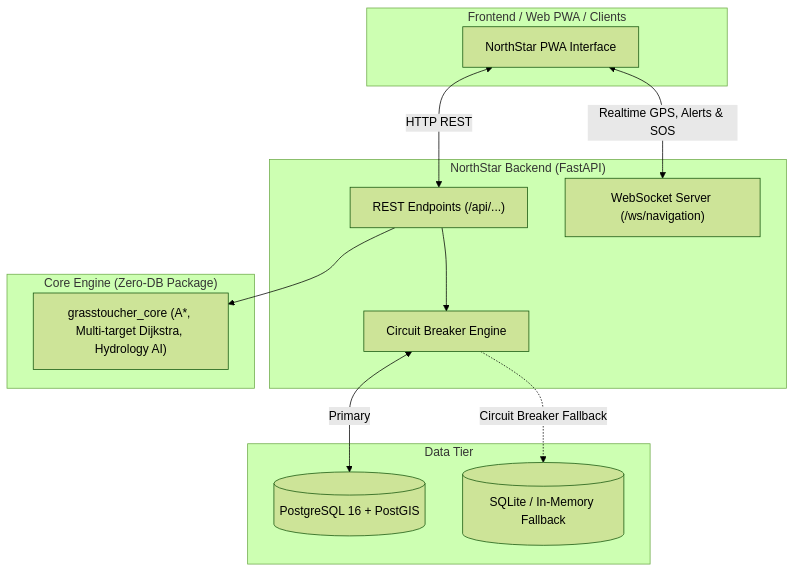
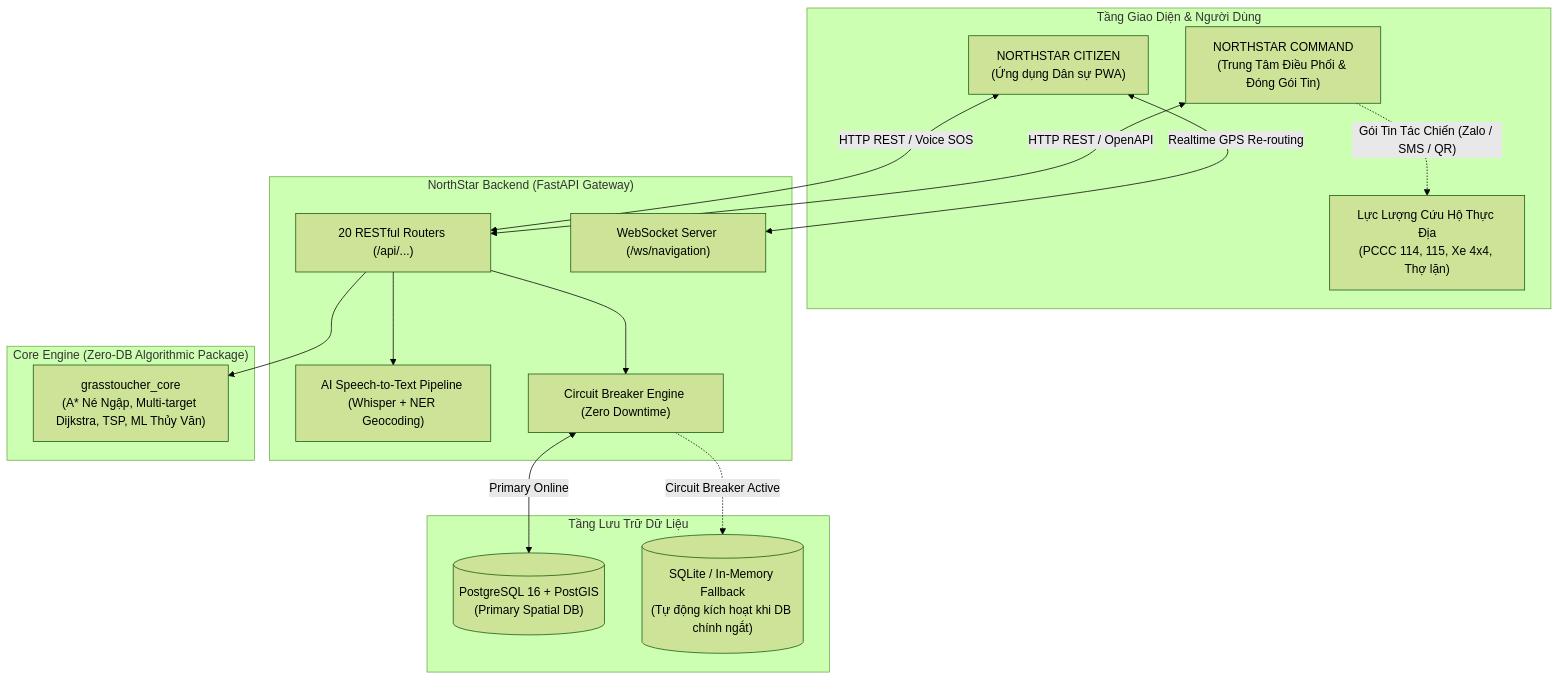
Before and after one commit to GrassTouchers1/GrassToucher-backend: the diagram in README.md, drawn with Mermaid (forest theme). The commit also changed other lines of this file, not shown here.

Commit message:
docs: Update Backend README with NORTHSTAR COMMAND integration and Whisper AI

````diff
--- a/README.md
+++ b/README.md
@@ -18,28 +34,34 @@
 ```mermaid
 flowchart TD
-    subgraph Client["Frontend / Web PWA / Clients"]
-        WEB["NorthStar PWA Interface"]
+    subgraph Clients["Tầng Giao Diện & Người Dùng"]
+        CMD["NORTHSTAR COMMAND<br/>(Trung Tâm Điều Phối & Đóng Gói Tin)"]
+        CTZ["NORTHSTAR CITIZEN<br/>(Ứng dụng Dân sự PWA)"]
+        RESCUE["Lực Lượng Cứu Hộ Thực Địa<br/>(PCCC 114, 115, Xe 4x4, Thợ lặn)"]
     end
 
-    subgraph Backend["NorthStar Backend (FastAPI)"]
-        API["REST Endpoints (/api/...)"]
+    subgraph Backend["NorthStar Backend (FastAPI Gateway)"]
+        ROUTER["20 RESTful Routers (/api/...)"]
         WS["WebSocket Server (/ws/navigation)"]
-        CB["Circuit Breaker Engine"]
+        VOICE["AI Speech-to-Text Pipeline (Whisper + NER Geocoding)"]
+        CB["Circuit Breaker Engine (Zero Downtime)"]
     end
 
-    subgraph Core["Core Engine (Zero-DB Package)"]
-        CORE["grasstoucher_core (A*, Multi-target Dijkstra, Hydrology AI)"]
+    subgraph Core["Core Engine (Zero-DB Algorithmic Package)"]
+        CORE["grasstoucher_core<br/>(A* Né Ngập, Multi-target Dijkstra, TSP, ML Thủy Văn)"]
     end
 
-    subgraph Storage["Data Tier"]
-        DB[("PostgreSQL 16 + PostGIS")]
-        FALLBACK[("SQLite / In-Memory Fallback")]
+    subgraph Storage["Tầng Lưu Trữ Dữ Liệu"]
+        DB[("PostgreSQL 16 + PostGIS<br/>(Primary Spatial DB)")]
+        FALLBACK[("SQLite / In-Memory Fallback<br/>(Tự động kích hoạt khi DB chính ngắt)")]
     end
 
-    WEB <-->|"HTTP REST"| API
-    WEB <-->|"Realtime GPS, Alerts & SOS"| WS
-    API --> CB
-    CB <-->|"Primary"| DB
-    CB -.->|"Circuit Breaker Fallback"| FALLBACK
-    API --> CORE
+    CMD <-->|"HTTP REST / OpenAPI"| ROUTER
+    CTZ <-->|"HTTP REST / Voice SOS"| ROUTER
+    CTZ <-->|"Realtime GPS Re-routing"| WS
+    ROUTER --> VOICE
+    ROUTER --> CB
+    CB <-->|"Primary Online"| DB
+    CB -.->|"Circuit Breaker Active"| FALLBACK
+    ROUTER --> CORE
+    CMD -.->|"Gói Tin Tác Chiến (Zalo / SMS / QR)"| RESCUE
 ```
````
